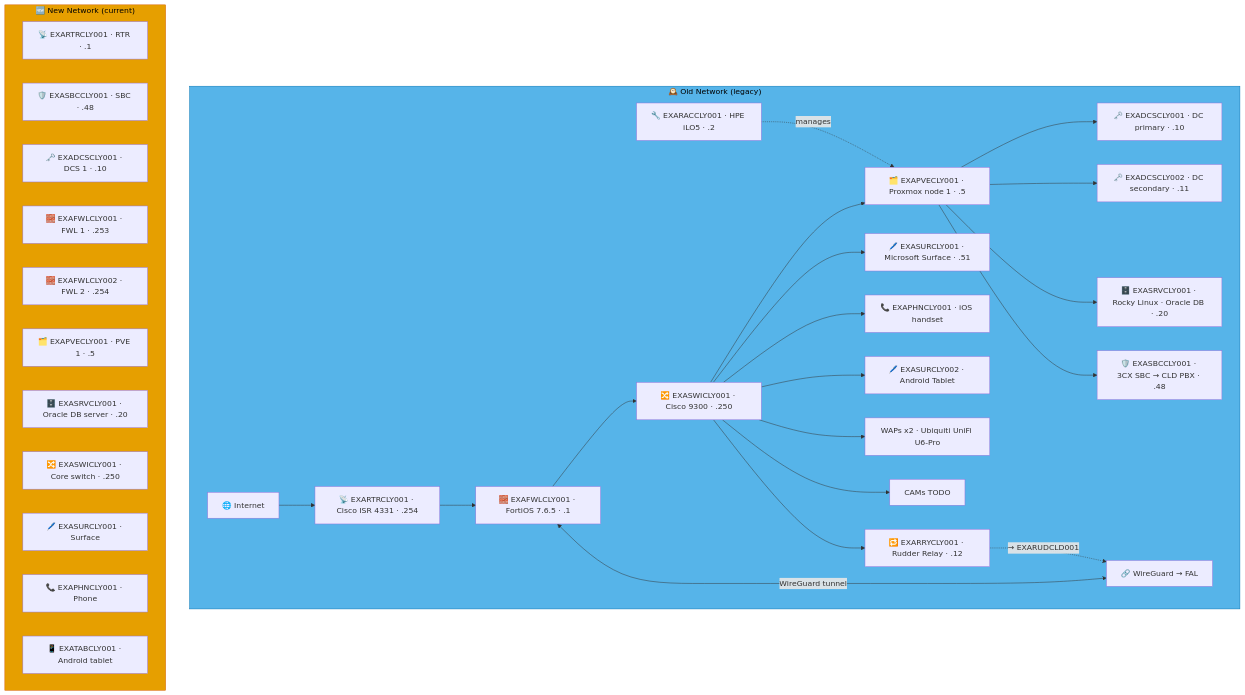
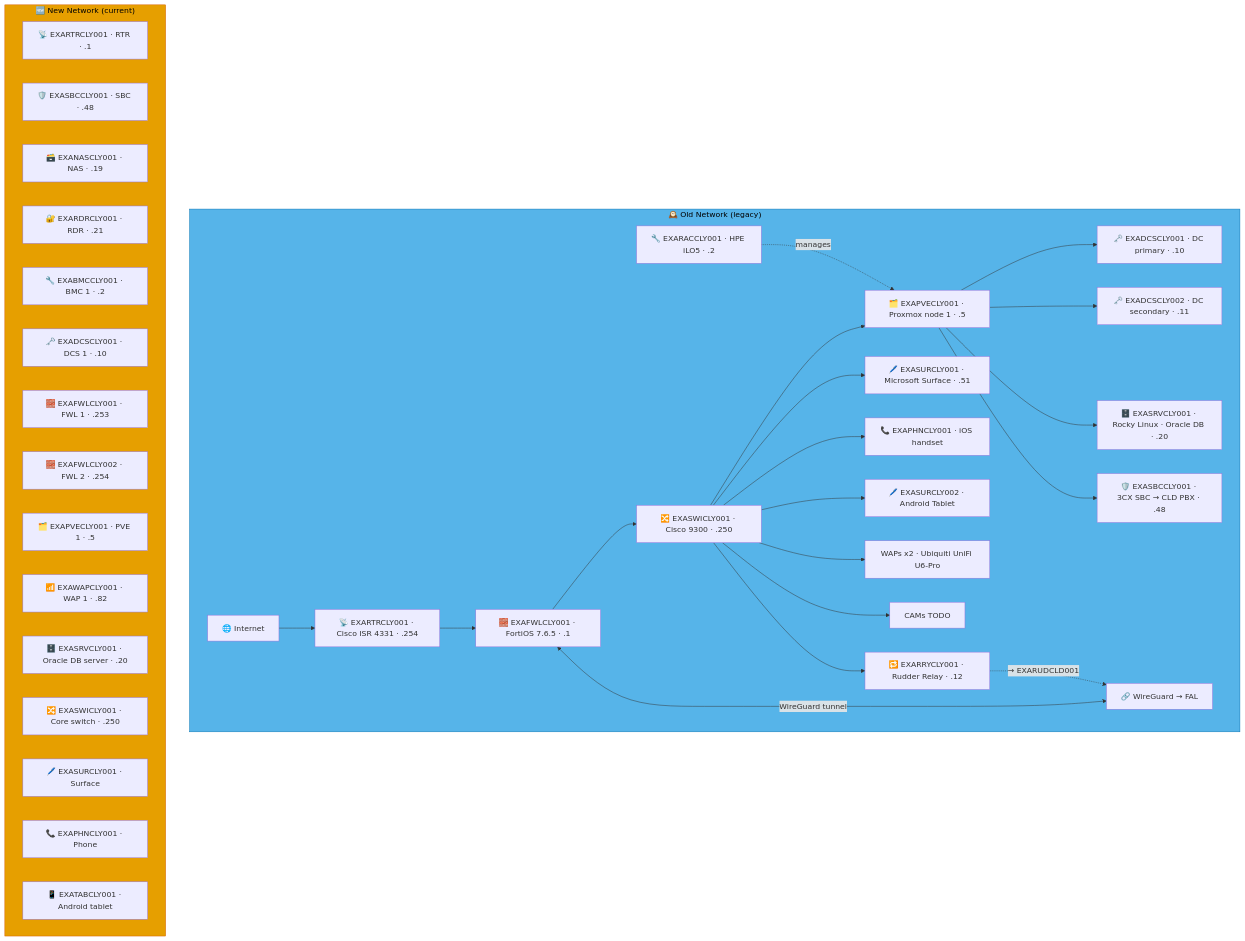
One commit to knightmare2600/example_music_infra changed the fourth of 7 diagrams in docs/network-diagram/scotland.md. Above: the diagram before and after it, drawn with Mermaid. The commit also changed other lines of this file and 15 other files, not shown here.

````diff
--- a/docs/network-diagram/scotland.md
+++ b/docs/network-diagram/scotland.md
@@ -289,48 +299,52 @@
 ```mermaid
 graph TD
     subgraph OLD_CLY ["🕰️ Old Network (legacy)"]
       INET["🌐 Internet"]
       FWL["🧱 EXAFWLCLY001 · FortiOS 7.6.5 · .1"]
       RTR["📡 EXARTRCLY001 · Cisco ISR 4331 · .254"]
       SW["🔀 EXASWICLY001 · Cisco 9300 · .250"]
       RAC["🔧 EXARACCLY001 · HPE iLO5 · .2"]
       PVE["🗂️ EXAPVECLY001 · Proxmox node 1 · .5"]
       DC1["🗝️ EXADCSCLY001 · DC primary · .10"]
       DC2["🗝️ EXADCSCLY002 · DC secondary · .11"]
       SRV["🗄️ EXASRVCLY001 · Rocky Linux · Oracle DB · .20"]
       SBC["🛡️ EXASBCCLY001 · 3CX SBC → CLD PBX · .48"]
       RRY["🔁 EXARRYCLY001 · Rudder Relay · .12"]
       SUR["🖊️ EXASURCLY001 · Microsoft Surface · .51"]
       PHN["📞 EXAPHNCLY001 · iOS handset"]
       TAB["🖊️ EXASURCLY002 · Android Tablet"]
       WAP["WAPs x2 · Ubiquiti UniFi U6-Pro"]
       CAM["CAMs TODO"]
       VPN["🔗 WireGuard → FAL"]
 
       INET --> RTR --> FWL --> SW
       SW --> PVE --> DC1 & DC2 & SRV & SBC
       RAC -.->|"manages"| PVE
       SW --> SUR & PHN & TAB & WAP & CAM
       FWL <-->|"WireGuard tunnel"| VPN
 
       SW --> RRY
       RRY -. "→ EXARUDCLD001" .-> VPN
     end
     style OLD_CLY fill:#56B4E9,stroke:#0072B2,color:#000000
     %% GENERATED:NEW-NETWORK:CLY:START
     subgraph NEW_CLY ["🆕 New Network (current)"]
       N_RTR["📡 EXARTRCLY001 · RTR · .1"]
       N_SBC["🛡️ EXASBCCLY001 · SBC · .48"]
+      N_NAS["🗃️ EXANASCLY001 · NAS · .19"]
+      N_RDR["🔐 EXARDRCLY001 · RDR · .21"]
+      N_BMC["🔧 EXABMCCLY001 · BMC 1 · .2"]
       N_DCS["🗝️ EXADCSCLY001 · DCS 1 · .10"]
       N_FWL["🧱 EXAFWLCLY001 · FWL 1 · .253"]
       N_FWL2["🧱 EXAFWLCLY002 · FWL 2 · .254"]
       N_PVE["🗂️ EXAPVECLY001 · PVE 1 · .5"]
+      N_WAP["📶 EXAWAPCLY001 · WAP 1 · .82"]
       N_SRV["🗄️ EXASRVCLY001 · Oracle DB server · .20"]
       N_SWI["🔀 EXASWICLY001 · Core switch · .250"]
       N_SUR["🖊️ EXASURCLY001 · Surface"]
       N_PHN["📞 EXAPHNCLY001 · Phone"]
       N_TAB["📱 EXATABCLY001 · Android tablet"]
     end
     style NEW_CLY fill:#E69F00,stroke:#D55E00,color:#000000
     %% GENERATED:NEW-NETWORK:CLY:END
 ```
````
